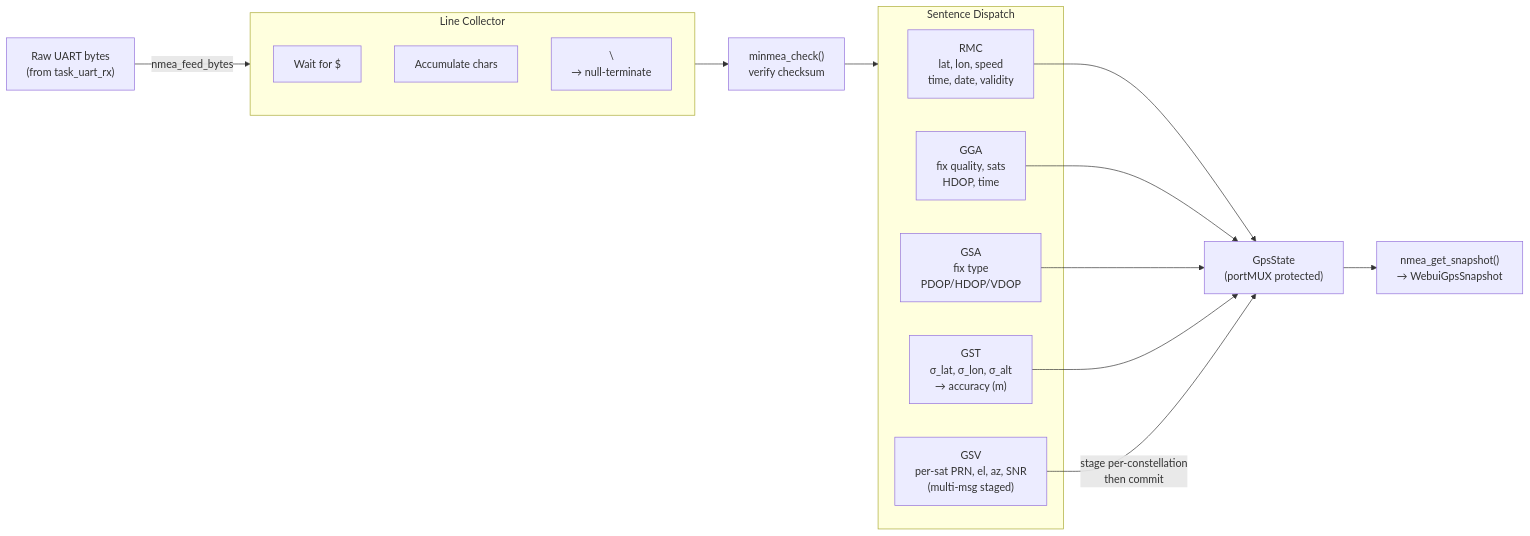
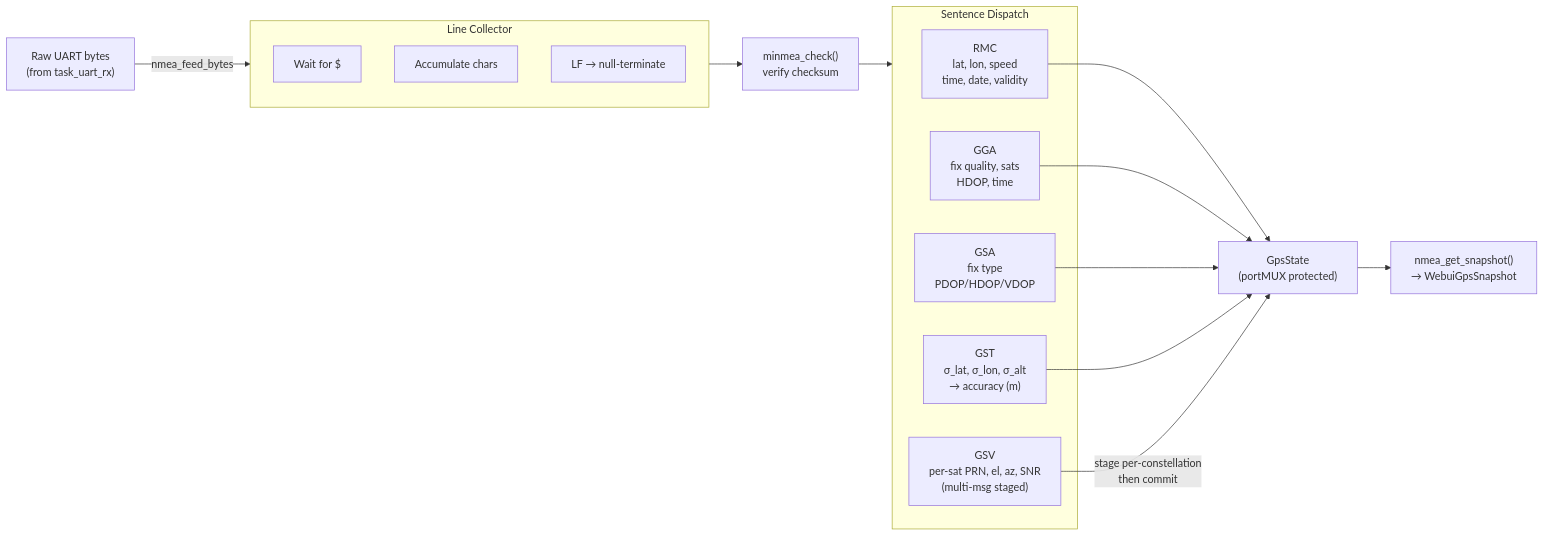
One commit to entr0-pi/gnss changed the eighth of 12 diagrams in DIAGRAM.md. Above: the diagram before and after it, drawn with Mermaid. The commit also changed other lines of this file, not shown here.

````diff
--- a/DIAGRAM.md
+++ b/DIAGRAM.md
@@ -237,29 +237,29 @@
 ```mermaid
 flowchart LR
-  UART["Raw UART bytes\n(from task_uart_rx)"]
+  UART["Raw UART bytes<br>(from task_uart_rx)"]
 
   subgraph collector["Line Collector"]
     DOLLAR["Wait for $"]
     ACCUM["Accumulate chars"]
-    NEWLINE["\\n → null-terminate"]
+    NEWLINE["LF → null-terminate"]
   end
 
-  CHECK["minmea_check()\nverify checksum"]
+  CHECK["minmea_check()<br>verify checksum"]
 
   subgraph dispatch["Sentence Dispatch"]
-    RMC["RMC\nlat, lon, speed\ntime, date, validity"]
-    GGA["GGA\nfix quality, sats\nHDOP, time"]
-    GSA["GSA\nfix type\nPDOP/HDOP/VDOP"]
-    GST["GST\nσ_lat, σ_lon, σ_alt\n→ accuracy (m)"]
-    GSV["GSV\nper-sat PRN, el, az, SNR\n(multi-msg staged)"]
+    RMC["RMC<br>lat, lon, speed<br>time, date, validity"]
+    GGA["GGA<br>fix quality, sats<br>HDOP, time"]
+    GSA["GSA<br>fix type<br>PDOP/HDOP/VDOP"]
+    GST["GST<br>σ_lat, σ_lon, σ_alt<br>→ accuracy (m)"]
+    GSV["GSV<br>per-sat PRN, el, az, SNR<br>(multi-msg staged)"]
   end
 
-  STATE["GpsState\n(portMUX protected)"]
-  SNAP["nmea_get_snapshot()\n→ WebuiGpsSnapshot"]
+  STATE["GpsState<br>(portMUX protected)"]
+  SNAP["nmea_get_snapshot()<br>→ WebuiGpsSnapshot"]
 
   UART -->|nmea_feed_bytes| collector
   collector --> CHECK --> dispatch
   RMC & GGA & GSA & GST --> STATE
-  GSV -->|"stage per-constellation\nthen commit"| STATE
+  GSV -->|"stage per-constellation<br>then commit"| STATE
   STATE --> SNAP
 ```
````
